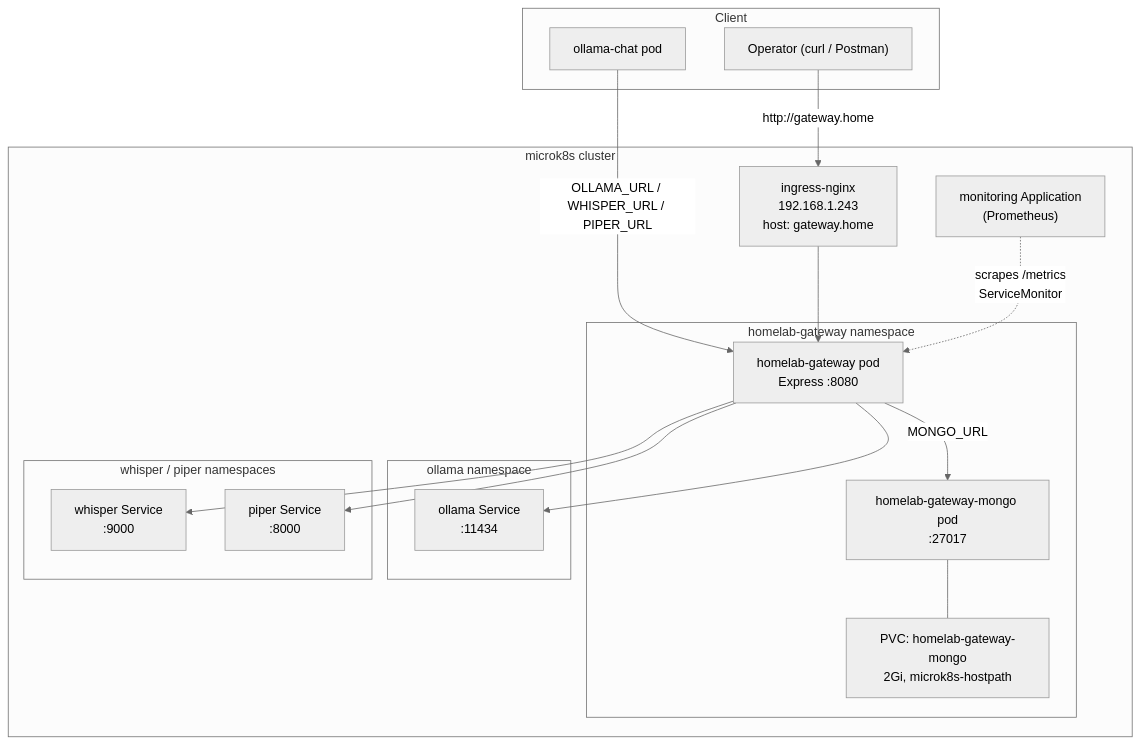
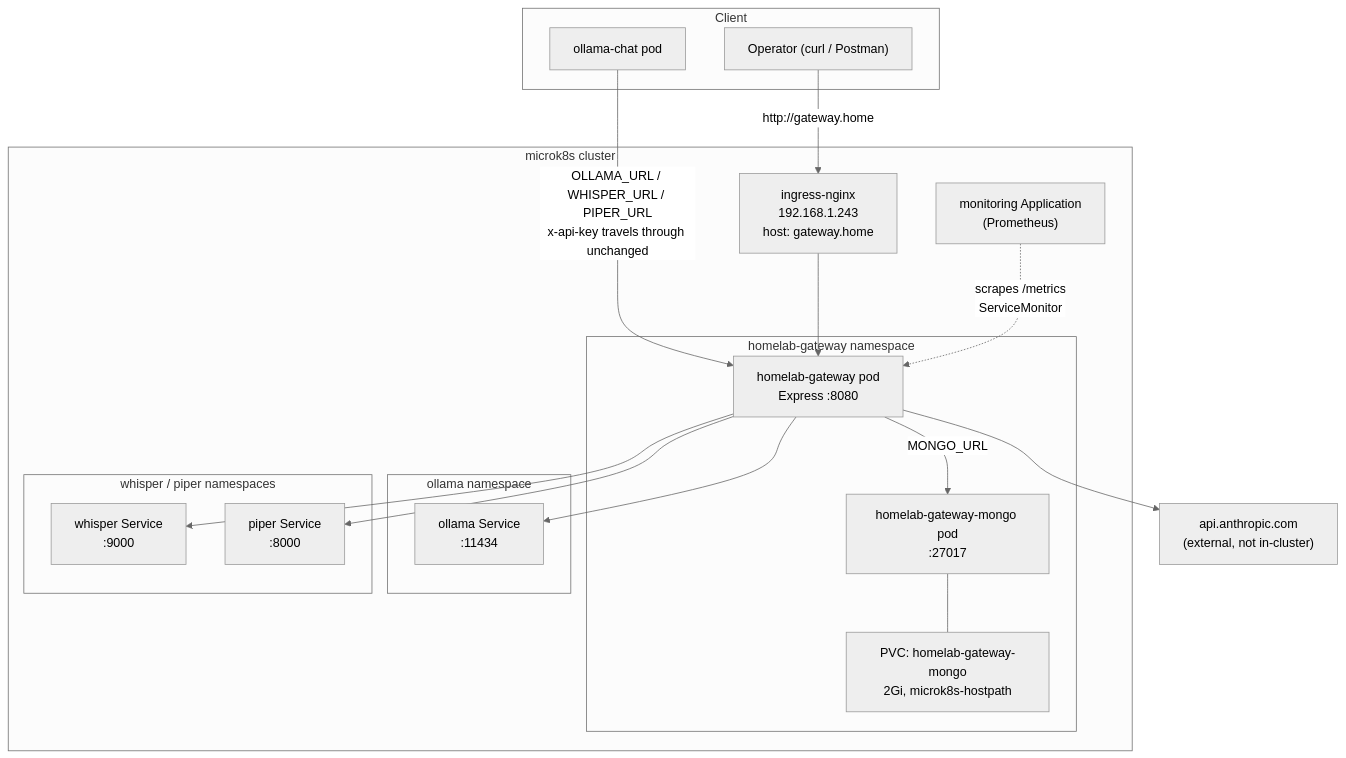
Before and after one commit to koydas/homelab-gateway: the diagram in docs/architecture.md, drawn with Mermaid (neutral theme). The commit also changed other lines of this file and 7 other files, not shown here.

First line of the commit message:
Front Claude (Anthropic API) calls the same way as Ollama/Whisper/Piper

````diff
--- a/docs/architecture.md
+++ b/docs/architecture.md
@@ -36,31 +38,33 @@
 ```mermaid
 flowchart TB
     subgraph Client
         Chat["ollama-chat pod"]
         Op["Operator (curl / Postman)"]
     end
     subgraph "microk8s cluster"
         subgraph "homelab-gateway namespace"
             Pod["homelab-gateway pod<br/>Express :8080"]
             Mongo["homelab-gateway-mongo pod<br/>:27017"]
             PVC["PVC: homelab-gateway-mongo<br/>2Gi, microk8s-hostpath"]
             Mongo --- PVC
             Pod -->|MONGO_URL| Mongo
         end
         subgraph "ollama namespace"
             OllamaSvc["ollama Service<br/>:11434"]
         end
         subgraph "whisper / piper namespaces"
             WhisperSvc["whisper Service<br/>:9000"]
             PiperSvc["piper Service<br/>:8000"]
         end
         Ing["ingress-nginx<br/>192.168.1.243<br/>host: gateway.home"]
         Mon["monitoring Application<br/>(Prometheus)"]
     end
-    Chat -->|OLLAMA_URL / WHISPER_URL / PIPER_URL| Pod
+    Anthropic["api.anthropic.com<br/>(external, not in-cluster)"]
+    Chat -->|OLLAMA_URL / WHISPER_URL / PIPER_URL<br/>x-api-key travels through unchanged| Pod
     Op -->|http://gateway.home| Ing --> Pod
     Pod --> OllamaSvc
     Pod --> WhisperSvc
     Pod --> PiperSvc
+    Pod --> Anthropic
     Mon -.->|scrapes /metrics<br/>ServiceMonitor| Pod
 ```
````
